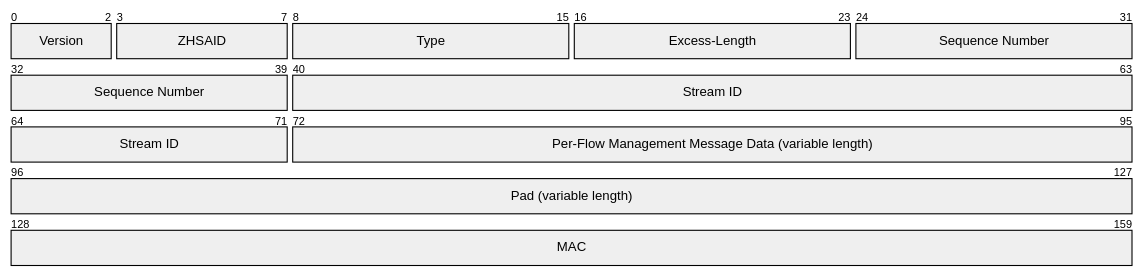
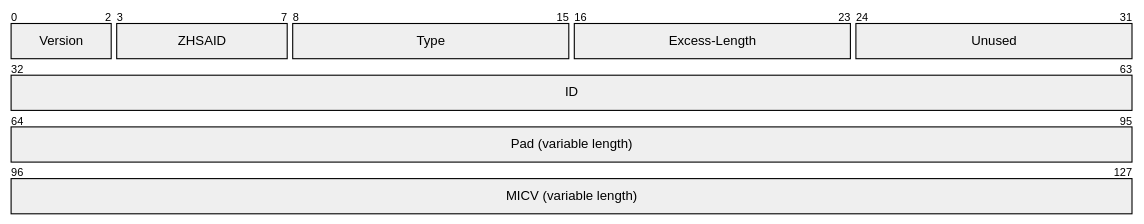
Before and after one commit to org-zpr/zpr-rfcs: the tenth of 43 diagrams in src/17-ZPR-Data-Protocol/body.md, drawn with Mermaid. The commit also changed other lines of this file, not shown here.

````diff
--- a/src/17-ZPR-Data-Protocol/body.md
+++ b/src/17-ZPR-Data-Protocol/body.md
@@ -2480,13 +2439,12 @@
 ``` mermaid
-%%| fig-cap: Per-Flow Management Packet Format
+%%| fig-cap: Discard Message Format
 packet
 +3: "Version"
 +5: "ZHSAID"
 +8: "Type"
 +8: "Excess-Length"
-+16: "Sequence Number"
-+32: "Stream ID"
-+24: "Per-Flow Management Message Data (variable length)"
++8: "Unused"
++32: "ID"
 +32: "Pad (variable length)"
-+32: "MAC"
++32: "MICV (variable length)"
 ```
````
